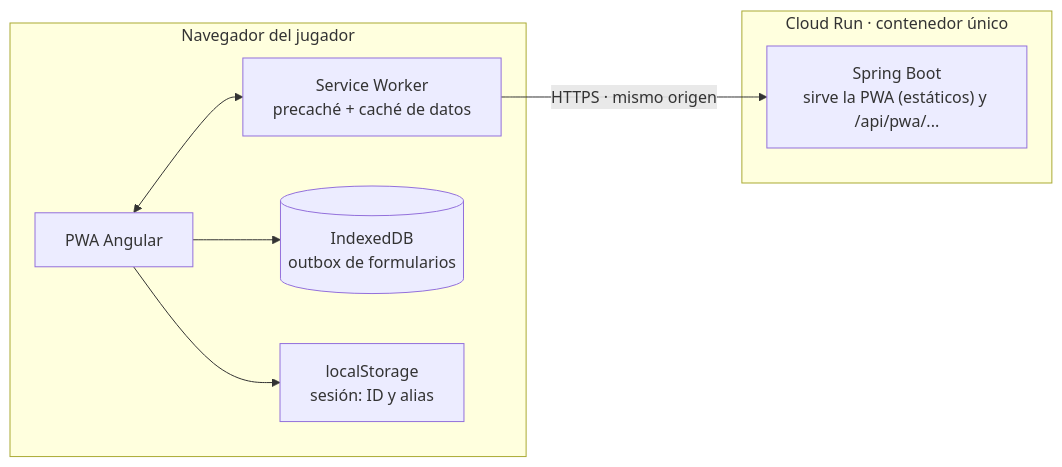
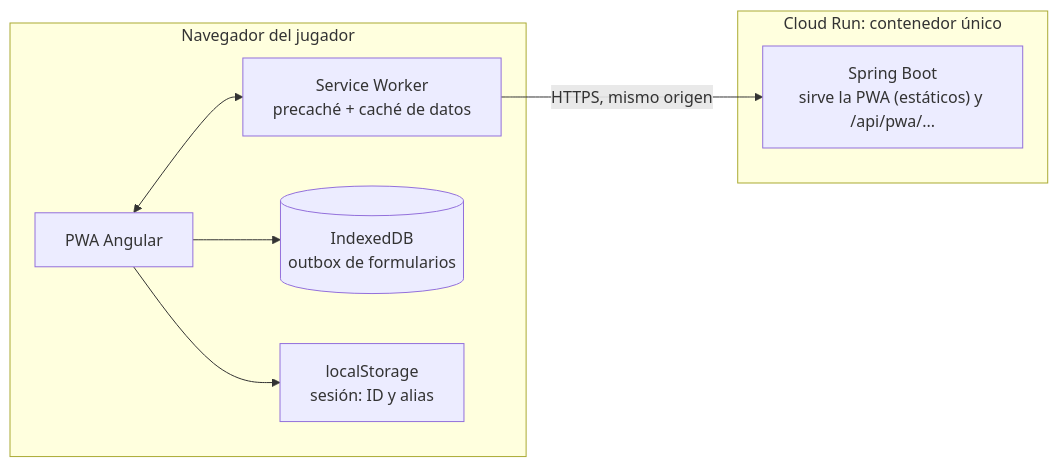
One commit to Anuma-Games/fat-fish-pwa changed the diagram in docs/diagramas/arquitectura.mmd. Above: the diagram before and after it, drawn with Mermaid. The commit also changed 11 other files, not shown here.

```diff
--- a/docs/diagramas/arquitectura.mmd
+++ b/docs/diagramas/arquitectura.mmd
@@ -1,16 +1,16 @@
 flowchart LR
     subgraph NAV["Navegador del jugador"]
         APP["PWA Angular"]
         SW["Service Worker<br/>precaché + caché de datos"]
         IDB[("IndexedDB<br/>outbox de formularios")]
         LS["localStorage<br/>sesión: ID y alias"]
         APP <--> SW
         APP --> IDB
         APP --> LS
     end
 
-    subgraph CR["Cloud Run · contenedor único"]
+    subgraph CR["Cloud Run: contenedor único"]
         SB["Spring Boot<br/>sirve la PWA (estáticos) y /api/pwa/..."]
     end
 
-    SW -->|"HTTPS · mismo origen"| SB
+    SW -->|"HTTPS, mismo origen"| SB
```
